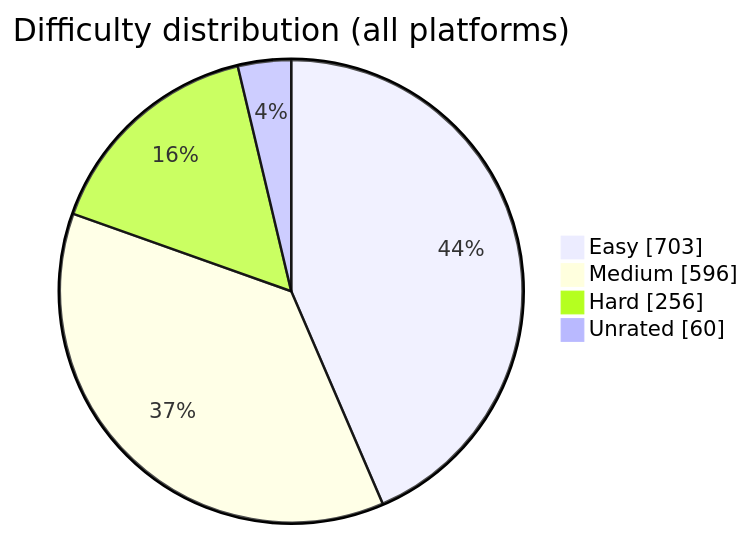
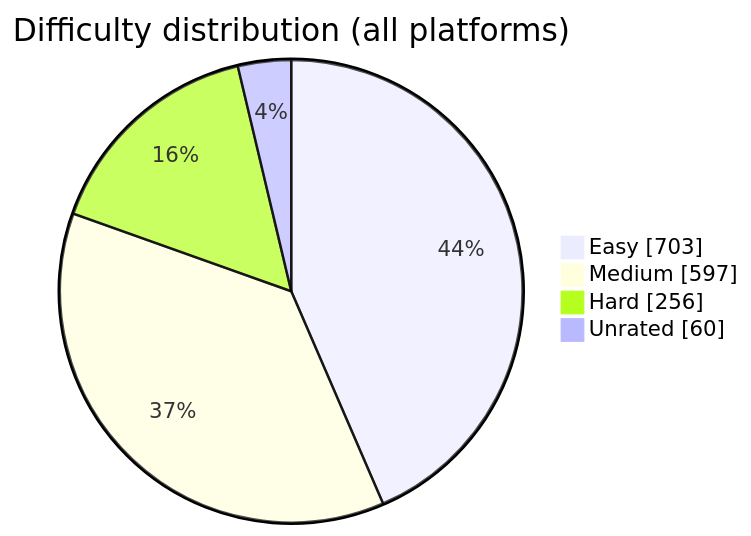
One commit to BuildbyArindam/Daily-Coding-Log changed the diagram in README.md. Above: the diagram before and after it, drawn with Mermaid. The commit also changed other lines of this file, not shown here.

````diff
--- a/README.md
+++ b/README.md
@@ -93,7 +93,7 @@
 ```mermaid
 pie showData title Difficulty distribution (all platforms)
     "Easy" : 703
-    "Medium" : 596
+    "Medium" : 597
     "Hard" : 256
     "Unrated" : 60
 ```
````
